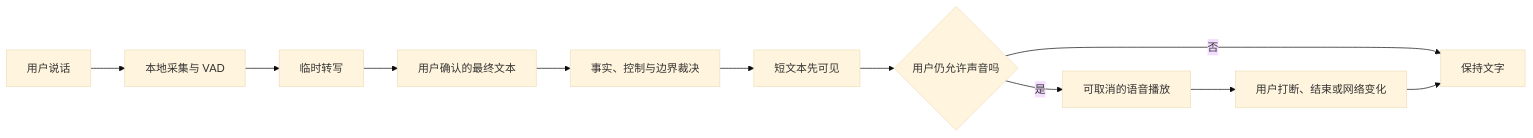
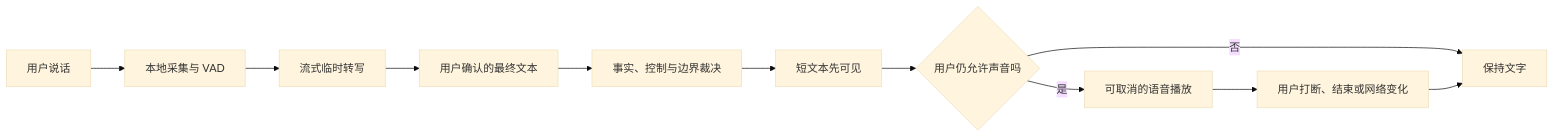
Before and after one commit to weiz98417-crypto/qiuqiu: the second of 4 diagrams in docs/球球全套资料/4.产品设计/25-实时语音陪看体验设计.md, drawn with Mermaid (base theme). The commit also changed other lines of this file and 49 other files, not shown here.

````diff
--- a/docs/球球全套资料/4.产品设计/25-实时语音陪看体验设计.md
+++ b/docs/球球全套资料/4.产品设计/25-实时语音陪看体验设计.md
@@ -291,13 +249,13 @@
 ```mermaid
 flowchart LR
     A[用户说话] --> B[本地采集与 VAD]
-    B --> C[临时转写]
+    B --> C[流式临时转写]
     C --> D[用户确认的最终文本]
     D --> E[事实、控制与边界裁决]
     E --> F[短文本先可见]
     F --> G{用户仍允许声音吗}
     G -->|是| H[可取消的语音播放]
     G -->|否| I[保持文字]
     H --> J[用户打断、结束或网络变化]
     J --> I
 ```
````
